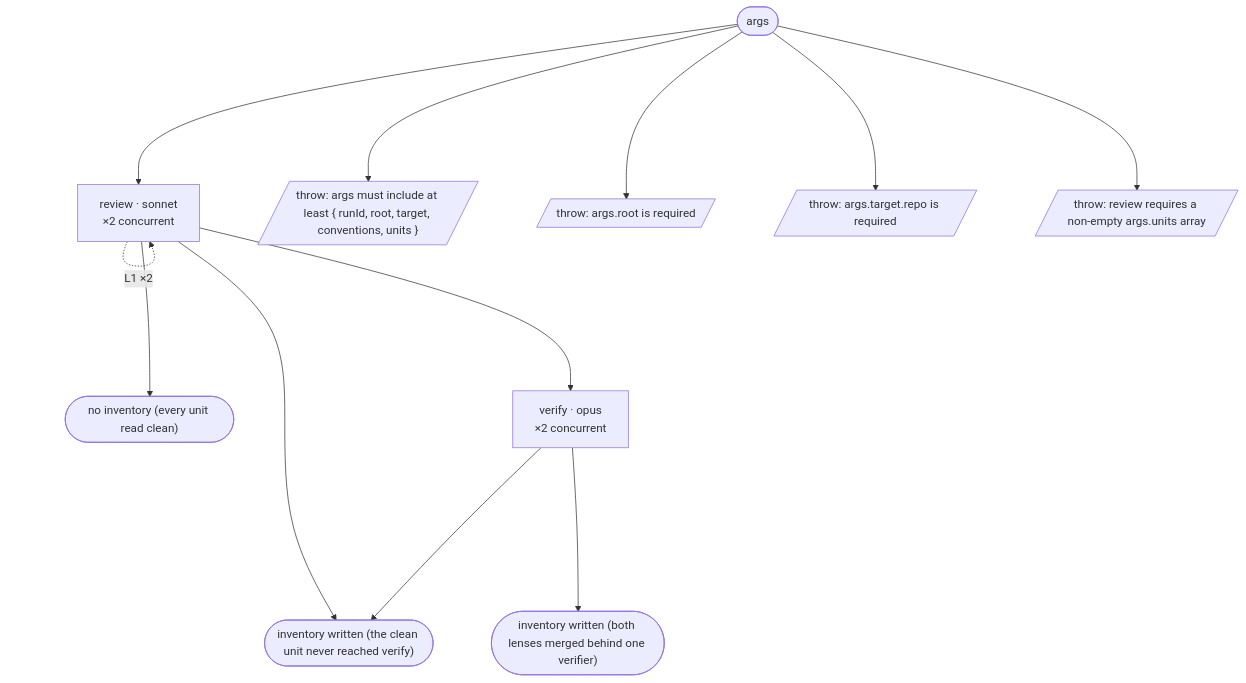
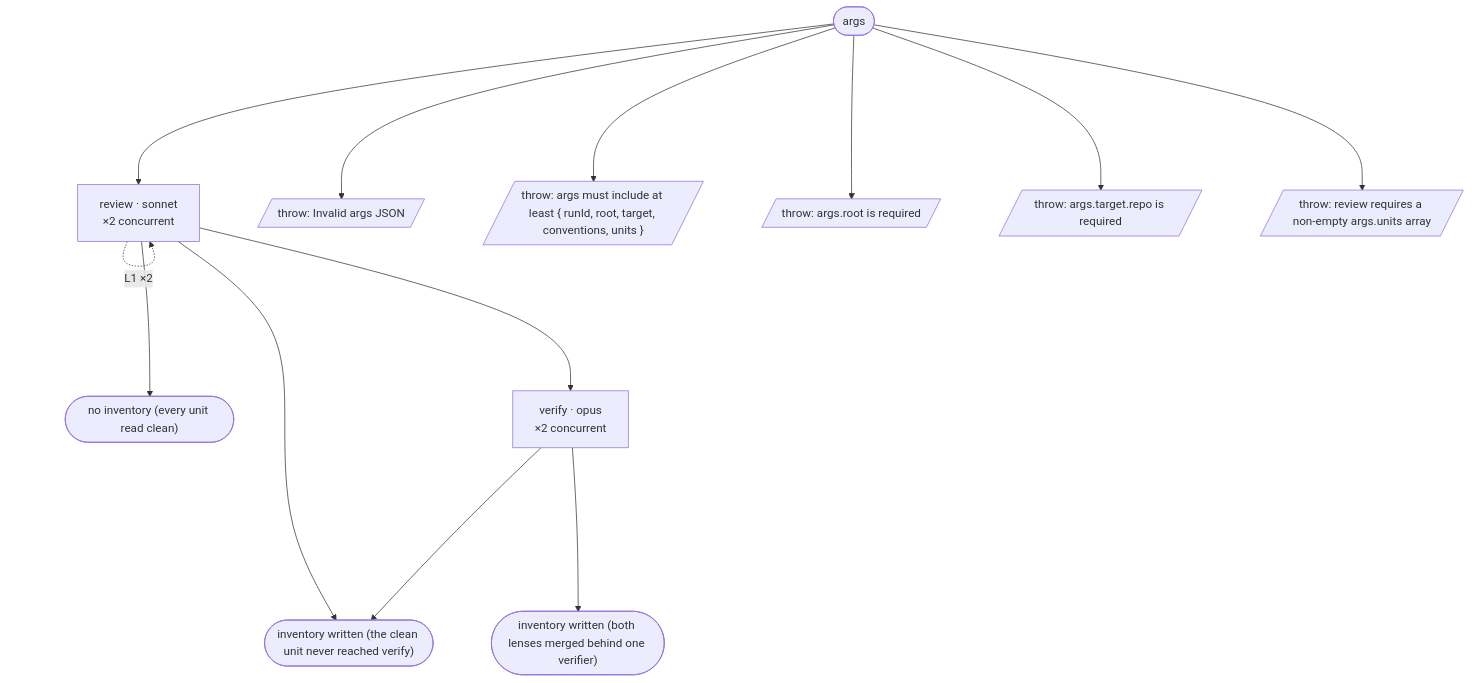
Before and after one commit to Blakeem/aipromptguide-workflows: the diagram in workflows/debug/FLOW-review.md, drawn with Mermaid. The commit also changed other lines of this file and 34 other files, not shown here.

Commit message:
hardening sweeps: Invalid args JSON guard in all 9 engines + static sweep; prose-sniff tripwire with allowlisted parked-label sites; top-level attestation sweep (29 schemas incl function-built) + 3 resolve-cycle fields consumed; required-args deletion sweep; flow scenarios + maps regenerated

````diff
--- a/workflows/debug/FLOW-review.md
+++ b/workflows/debug/FLOW-review.md
@@ -8,25 +8,27 @@
 ```mermaid
 %%{init: {"flowchart": {"nodeSpacing": 80, "rankSpacing": 200}}}%%
 flowchart TD
   S0(["args"])
   a1["review · sonnet<br/>×2 concurrent"]
   a2["verify · opus<br/>×2 concurrent"]
   t1(["inventory written (the clean unit never reached verify)"])
   t2(["no inventory (every unit read clean)"])
   t3(["inventory written (both lenses merged behind one verifier)"])
-  x1[/"throw: args must include at least { runId, root, target, conventions, units }"/]
-  x2[/"throw: args.root is required"/]
-  x3[/"throw: args.target.repo is required"/]
-  x4[/"throw: review requires a non-empty args.units array"/]
+  x1[/"throw: Invalid args JSON"/]
+  x2[/"throw: args must include at least { runId, root, target, conventions, units }"/]
+  x3[/"throw: args.root is required"/]
+  x4[/"throw: args.target.repo is required"/]
+  x5[/"throw: review requires a non-empty args.units array"/]
   S0 --> a1
   S0 --> x1
   S0 --> x2
   S0 --> x3
   S0 --> x4
+  S0 --> x5
   a1 -.->|"L1 ×2"| a1
   a1 --> a2
   a1 --> t1
   a1 --> t2
   a2 --> t1
   a2 --> t3
 ```
````
